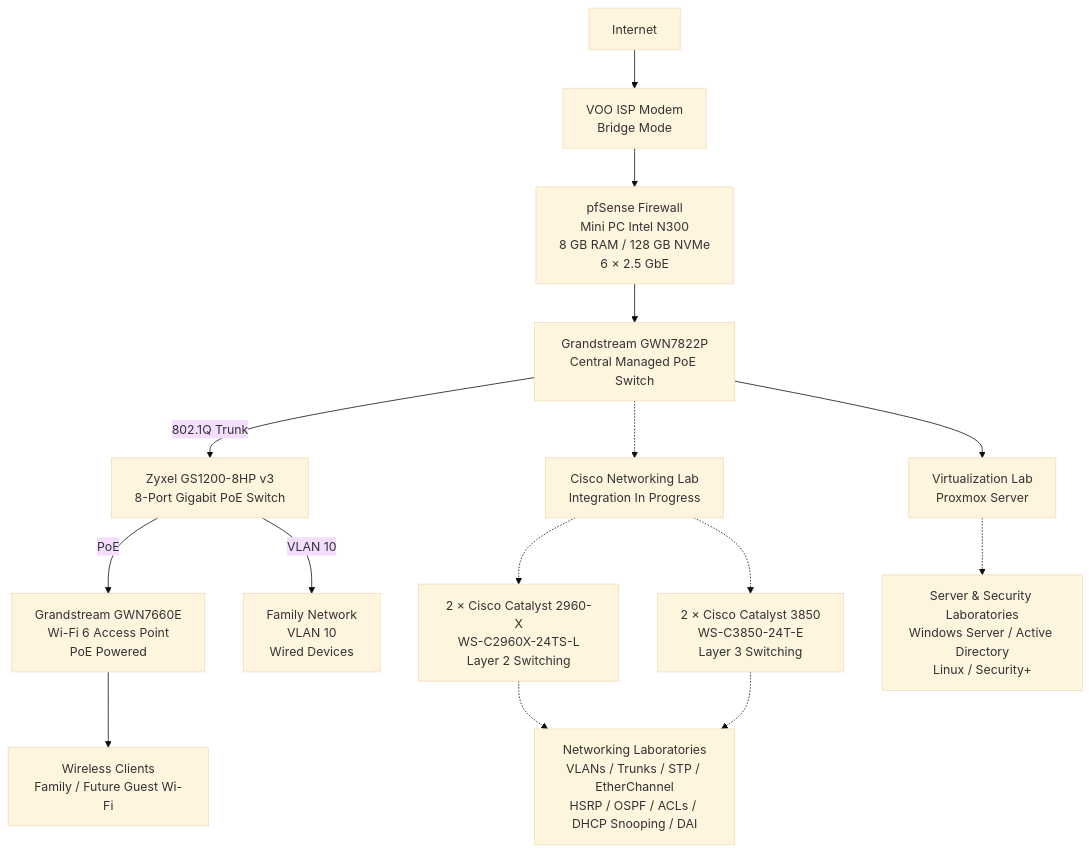
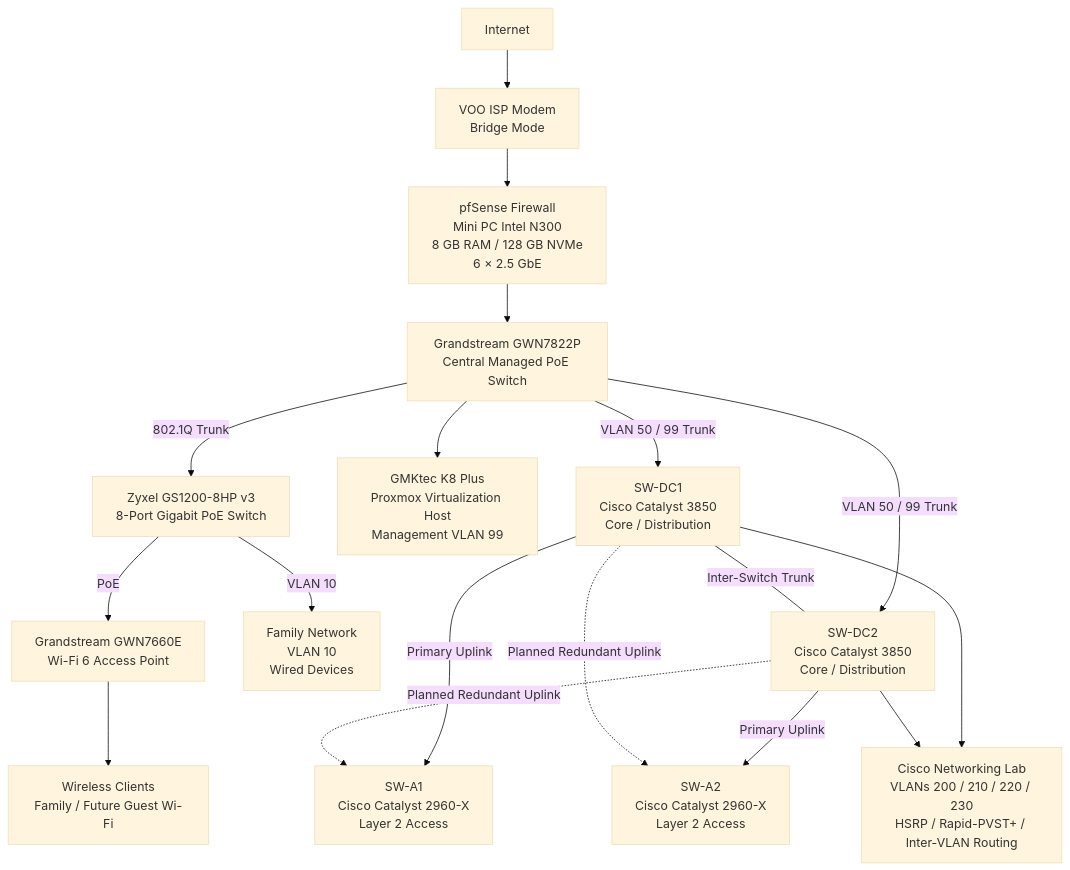
One commit to Cypherlab777/Homelab changed the diagram in README.md. Above: the diagram before and after it, drawn with Mermaid (base theme). The commit also changed other lines of this file, not shown here.

````diff
--- a/README.md
+++ b/README.md
@@ -106,51 +123,65 @@
 ```mermaid
 flowchart TD
 
     INTERNET["Internet"]
 
     VOO["VOO ISP Modem<br/>Bridge Mode"]
 
     PFSENSE["pfSense Firewall<br/>Mini PC Intel N300<br/>8 GB RAM / 128 GB NVMe<br/>6 × 2.5 GbE"]
 
     GRANDSTREAM["Grandstream GWN7822P<br/>Central Managed PoE Switch"]
 
     ZYXEL["Zyxel GS1200-8HP v3<br/>8-Port Gigabit PoE Switch"]
 
-    AP["Grandstream GWN7660E<br/>Wi-Fi 6 Access Point<br/>PoE Powered"]
+    AP["Grandstream GWN7660E<br/>Wi-Fi 6 Access Point"]
 
     FAMILY["Family Network<br/>VLAN 10<br/>Wired Devices"]
 
     WIFI["Wireless Clients<br/>Family / Future Guest Wi-Fi"]
 
-    CISCOLAB["Cisco Networking Lab<br/>Integration In Progress"]
+    PROXMOX["GMKtec K8 Plus<br/>Proxmox Virtualization Host<br/>Management VLAN 99"]
 
-    VIRTUALIZATION["Virtualization Lab<br/>Proxmox Server"]
+    DC1["SW-DC1<br/>Cisco Catalyst 3850<br/>Core / Distribution"]
 
-    L2["2 × Cisco Catalyst 2960-X<br/>WS-C2960X-24TS-L<br/>Layer 2 Switching"]
+    DC2["SW-DC2<br/>Cisco Catalyst 3850<br/>Core / Distribution"]
 
-    L3["2 × Cisco Catalyst 3850<br/>WS-C3850-24T-E<br/>Layer 3 Switching"]
+    A1["SW-A1<br/>Cisco Catalyst 2960-X<br/>Layer 2 Access"]
 
-    NETWORKLAB["Networking Laboratories<br/>VLANs / Trunks / STP / EtherChannel<br/>HSRP / OSPF / ACLs / DHCP Snooping / DAI"]
+    A2["SW-A2<br/>Cisco Catalyst 2960-X<br/>Layer 2 Access"]
 
-    SERVERLAB["Server & Security Laboratories<br/>Windows Server / Active Directory<br/>Linux / Security+"]
+    CISCOLAB["Cisco Networking Lab<br/>VLANs 200 / 210 / 220 / 230<br/>HSRP / Rapid-PVST+ / Inter-VLAN Routing"]
 
     INTERNET --> VOO
+
     VOO --> PFSENSE
+
     PFSENSE --> GRANDSTREAM
 
     GRANDSTREAM -->|"802.1Q Trunk"| ZYXEL
+
     ZYXEL -->|"VLAN 10"| FAMILY
+
     ZYXEL -->|"PoE"| AP
+
     AP --> WIFI
 
-    GRANDSTREAM -.-> CISCOLAB
-    GRANDSTREAM --> VIRTUALIZATION
+    GRANDSTREAM --> PROXMOX
 
-    CISCOLAB -.-> L2
-    CISCOLAB -.-> L3
+    GRANDSTREAM -->|"VLAN 50 / 99 Trunk"| DC1
 
-    L2 -.-> NETWORKLAB
-    L3 -.-> NETWORKLAB
+    GRANDSTREAM -->|"VLAN 50 / 99 Trunk"| DC2
 
-    VIRTUALIZATION -.-> SERVERLAB
+    DC1 ---|"Inter-Switch Trunk"| DC2
+
+    DC1 -->|"Primary Uplink"| A1
+
+    DC2 -->|"Primary Uplink"| A2
+
+    DC2 -.->|"Planned Redundant Uplink"| A1
+
+    DC1 -.->|"Planned Redundant Uplink"| A2
+
+    DC1 --> CISCOLAB
+
+    DC2 --> CISCOLAB
 ```
````
